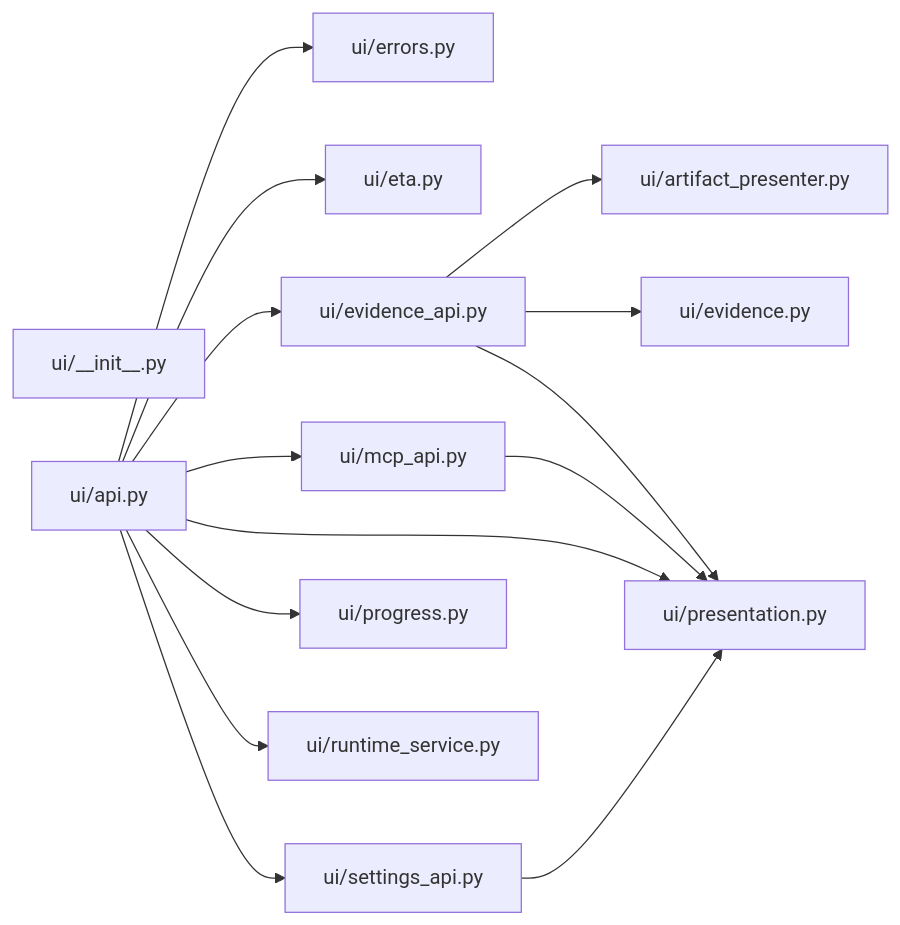
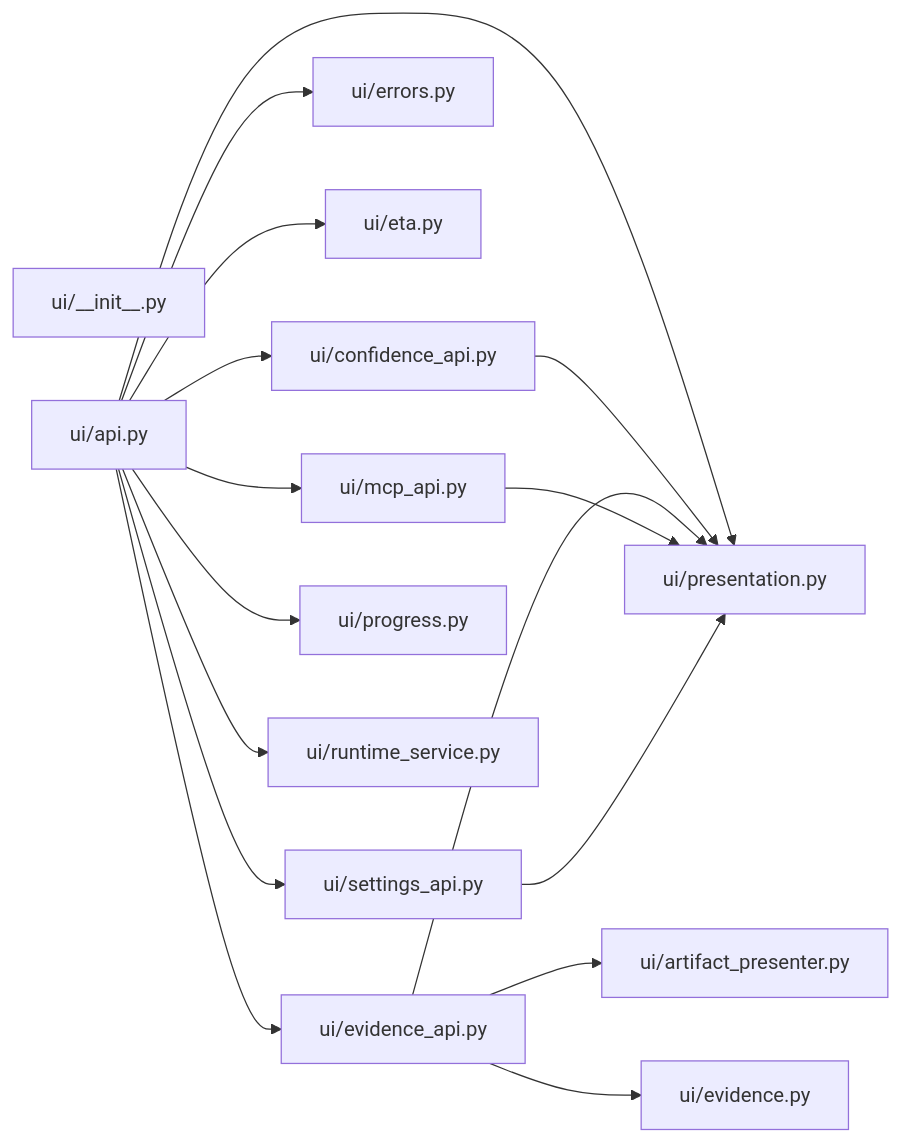
Before and after one commit to sarveshtalele/maf-harness-testing: diagram 20 of 21 in docs/ARCHITECTURE_MAP.md, drawn with Mermaid. The commit also changed other lines of this file and 6 other files, not shown here.

````diff
--- a/docs/ARCHITECTURE_MAP.md
+++ b/docs/ARCHITECTURE_MAP.md
@@ -552,28 +555,31 @@
 ```mermaid
 flowchart LR
   f0["ui/__init__.py"]
   f1["ui/api.py"]
   f2["ui/artifact_presenter.py"]
-  f3["ui/errors.py"]
-  f4["ui/eta.py"]
-  f5["ui/evidence.py"]
-  f6["ui/evidence_api.py"]
-  f7["ui/mcp_api.py"]
-  f8["ui/presentation.py"]
-  f9["ui/progress.py"]
-  f10["ui/runtime_service.py"]
-  f11["ui/settings_api.py"]
+  f3["ui/confidence_api.py"]
+  f4["ui/errors.py"]
+  f5["ui/eta.py"]
+  f6["ui/evidence.py"]
+  f7["ui/evidence_api.py"]
+  f8["ui/mcp_api.py"]
+  f9["ui/presentation.py"]
+  f10["ui/progress.py"]
+  f11["ui/runtime_service.py"]
+  f12["ui/settings_api.py"]
   f1 --> f3
   f1 --> f4
-  f1 --> f6
+  f1 --> f5
   f1 --> f7
   f1 --> f8
   f1 --> f9
   f1 --> f10
   f1 --> f11
-  f6 --> f2
-  f6 --> f5
-  f6 --> f8
-  f7 --> f8
-  f11 --> f8
+  f1 --> f12
+  f3 --> f9
+  f7 --> f2
+  f7 --> f6
+  f7 --> f9
+  f8 --> f9
+  f12 --> f9
 ```
````
